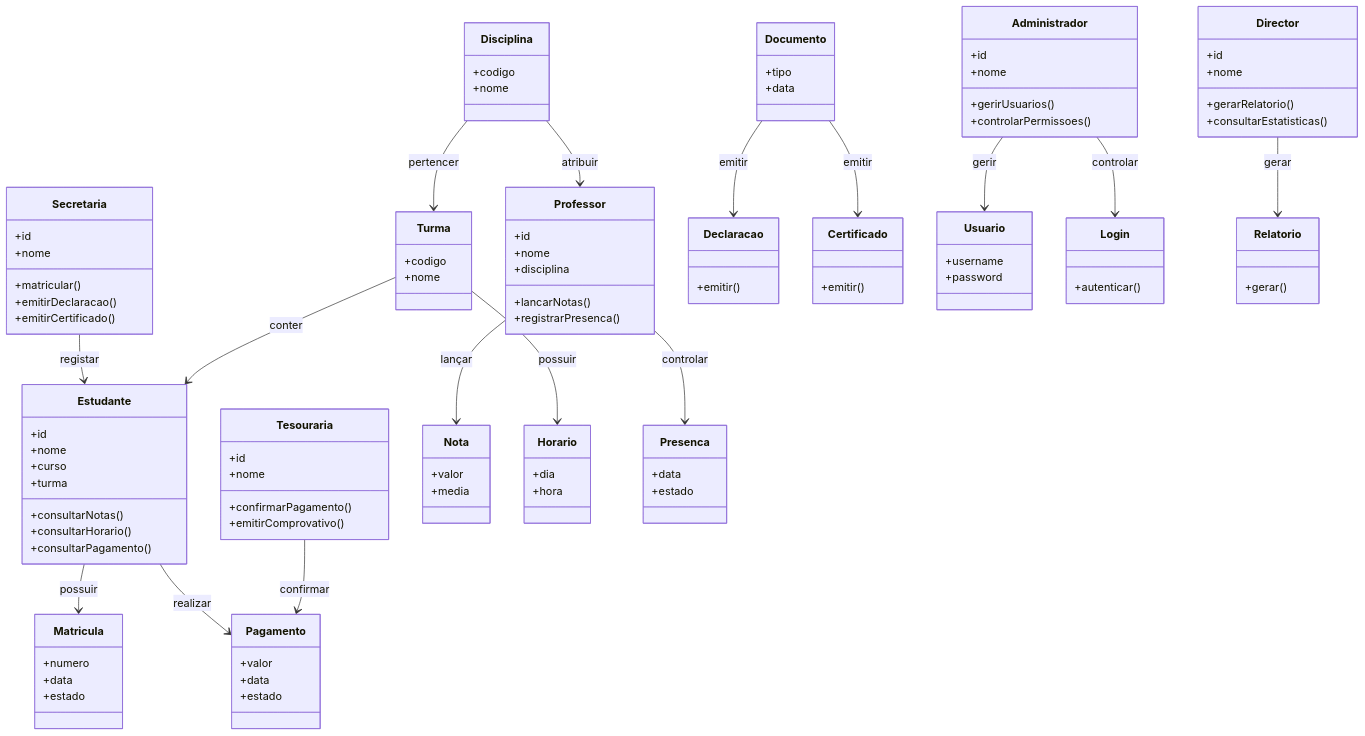
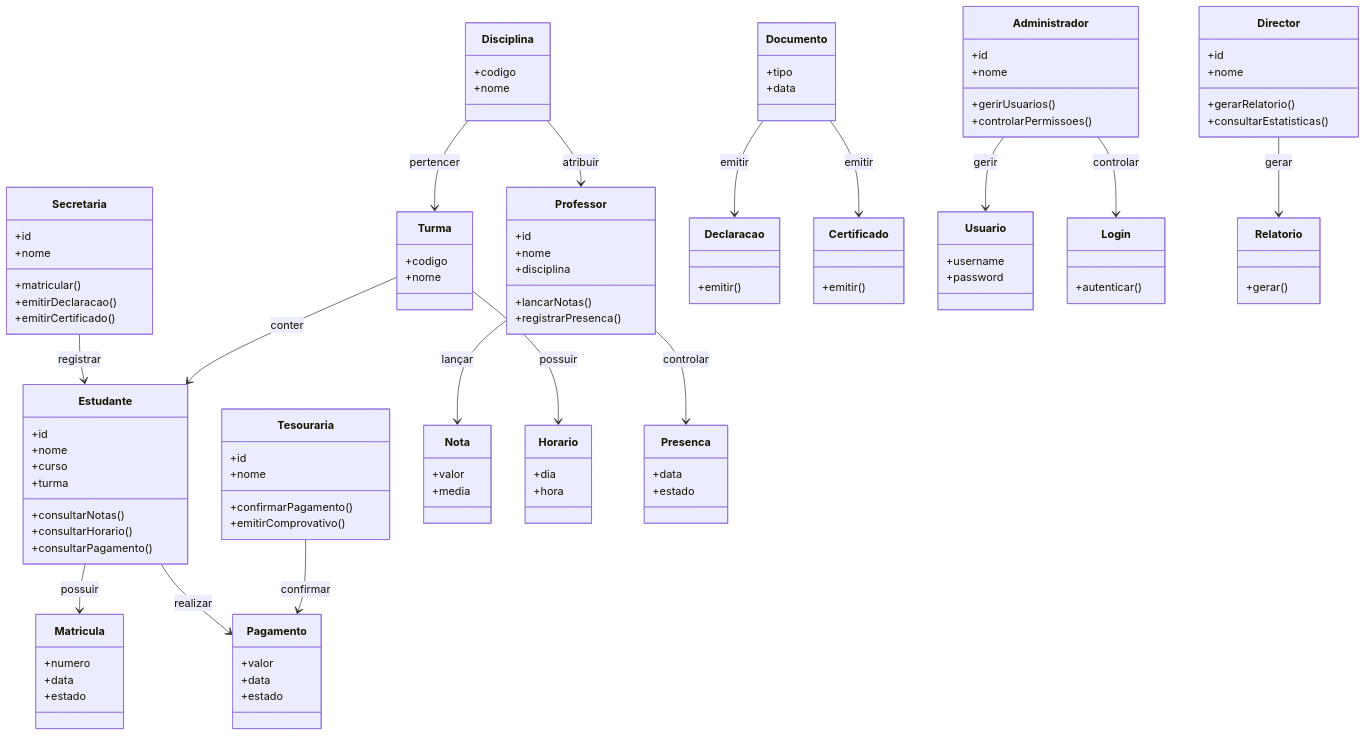
Before and after one commit to MarchelQuiala/sistema-secretaria-escolar: the fourth of 4 diagrams in README.md, drawn with Mermaid.

Commit message:
Fix typo in README for 'registrar'

```diff
--- a/README.md
+++ b/README.md
@@ -327,7 +327,7 @@
   +gerar()
 }
 
-Secretaria --> Estudante : registar
+Secretaria --> Estudante : registrar
 Estudante --> Matricula : possuir
 Estudante --> Pagamento : realizar
 Professor --> Nota : lançar
```
